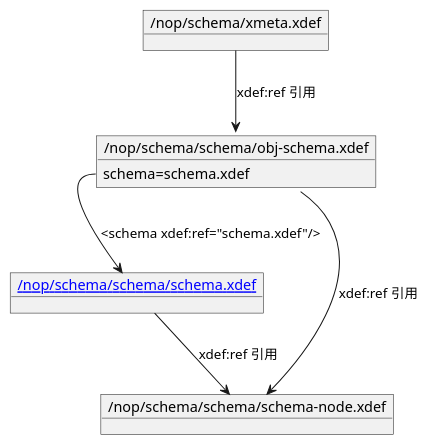
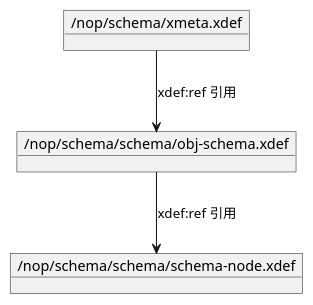
One commit to crazydan-studio/nop.crazydan.io changed the first of 4 diagrams in docs/500.manual/100.xmeta.md. Above: the diagram before and after it, drawn with PlantUML. The commit also changed other lines of this file, not shown here.

````diff
--- a/docs/500.manual/100.xmeta.md
+++ b/docs/500.manual/100.xmeta.md
@@ -25,18 +25,12 @@
 ```plantuml
 object "/nop/schema/xmeta.xdef" as xmeta {
 }
 object "/nop/schema/schema/obj-schema.xdef" as obj_schema {
-  schema=schema.xdef
-}
-object "[[./dsl/schema /nop/schema/schema/schema.xdef]]" as schema {
 }
 object "/nop/schema/schema/schema-node.xdef" as schema_node {
 }
 
 xmeta -down-> obj_schema: xdef:ref 引用
 
 obj_schema -down-> schema_node: xdef:ref 引用
-obj_schema::schema --> schema: <schema xdef:ref="schema.xdef"/>
-
-schema -down-> schema_node: xdef:ref 引用
 ```
````
